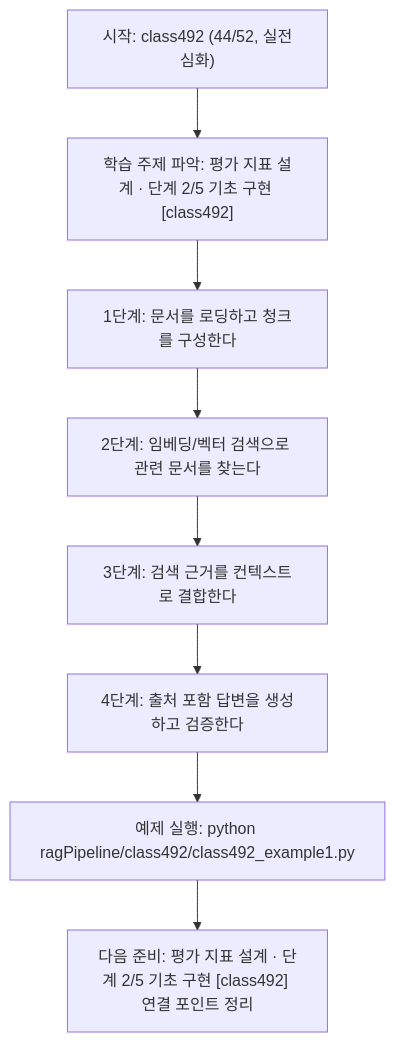
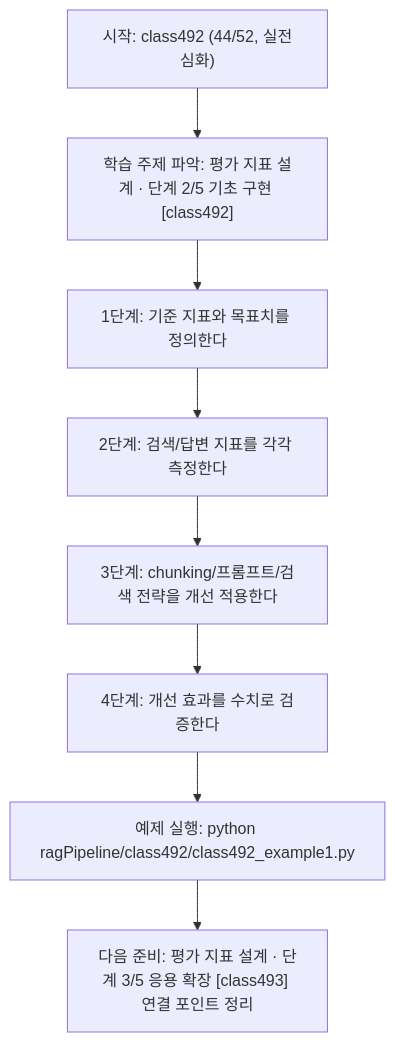
One commit to edumgt/Python-AI_Agent-Class changed the diagram in ragPipeline/class492/class492.md. Above: the diagram before and after it, drawn with Mermaid. The commit also changed other lines of this file and 367 other files, not shown here.

````diff
--- a/ragPipeline/class492/class492.md
+++ b/ragPipeline/class492/class492.md
@@ -111,18 +92,18 @@
 ```mermaid
 flowchart TD
 N1["시작: class492 (44/52, 실전심화)"]
 N2["학습 주제 파악: 평가 지표 설계 · 단계 2/5 기초 구현 [class492]"]
-N3["1단계: 문서를 로딩하고 청크를 구성한다"]
-N4["2단계: 임베딩/벡터 검색으로 관련 문서를 찾는다"]
-N5["3단계: 검색 근거를 컨텍스트로 결합한다"]
-N6["4단계: 출처 포함 답변을 생성하고 검증한다"]
+N3["1단계: 기준 지표와 목표치를 정의한다"]
+N4["2단계: 검색/답변 지표를 각각 측정한다"]
+N5["3단계: chunking/프롬프트/검색 전략을 개선 적용한다"]
+N6["4단계: 개선 효과를 수치로 검증한다"]
 N7["예제 실행: python ragPipeline/class492/class492_example1.py"]
-N8["다음 준비: 평가 지표 설계 · 단계 2/5 기초 구현 [class492] 연결 포인트 정리"]
+N8["다음 준비: 평가 지표 설계 · 단계 3/5 응용 확장 [class493] 연결 포인트 정리"]
 N1 --> N2
 N2 --> N3
 N3 --> N4
 N4 --> N5
 N5 --> N6
 N6 --> N7
 N7 --> N8
 ```
````
